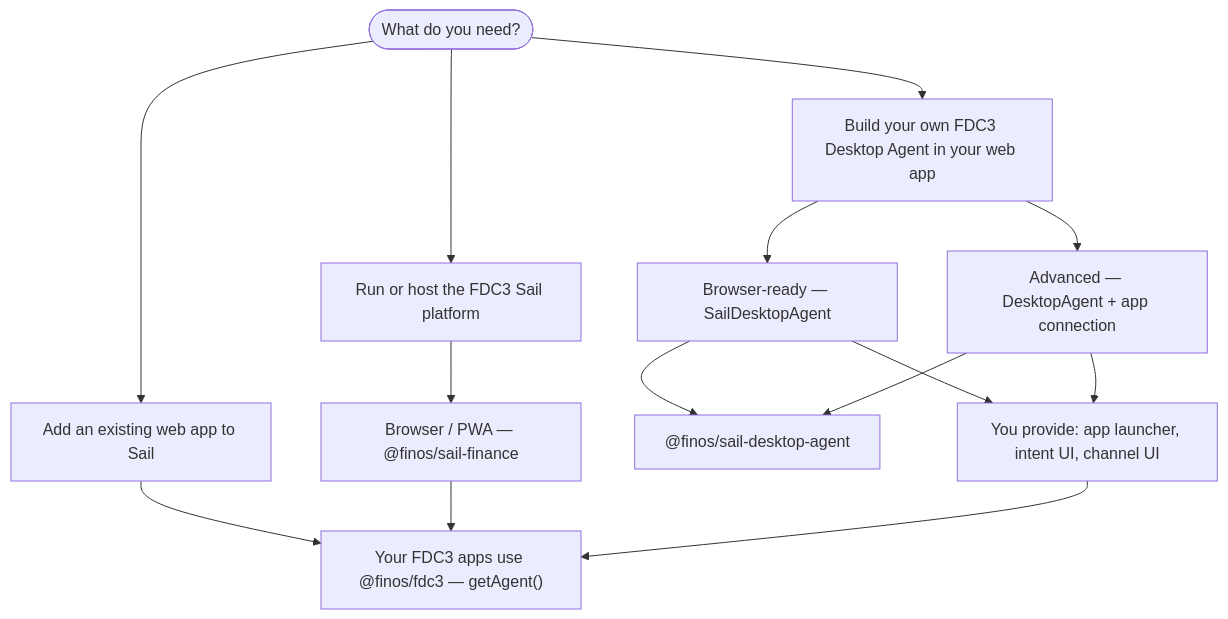
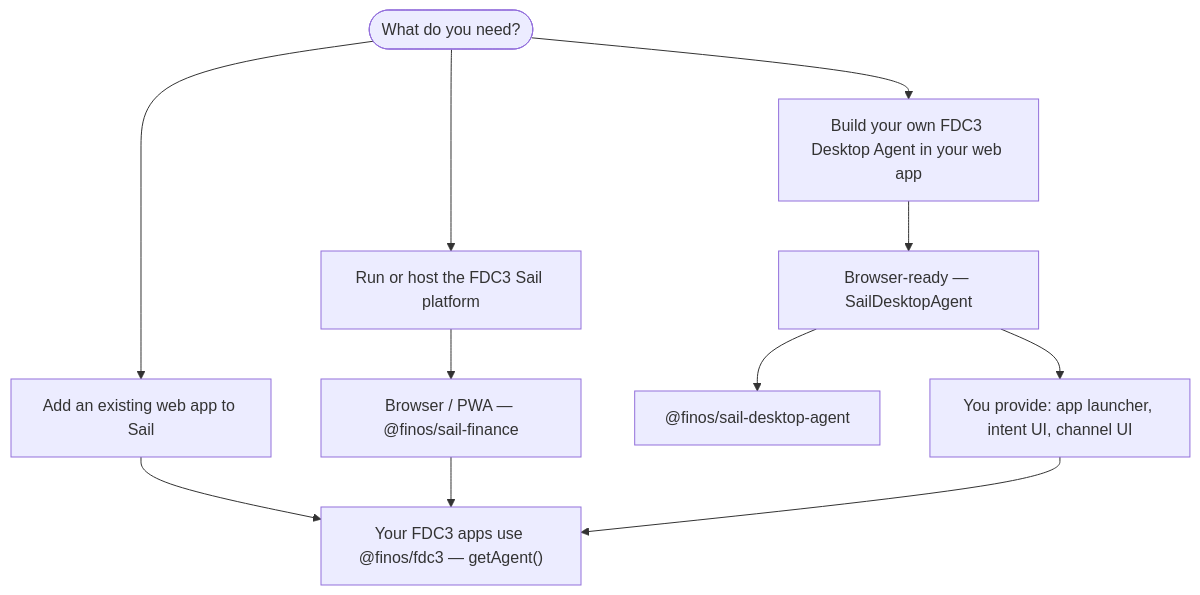
Before and after one commit to SeeWhatsOn/FDC3-Sail: the second of 2 diagrams in website/docs/intro.md, drawn with Mermaid. The commit also changed other lines of this file and 11 other files, not shown here.

````diff
--- a/website/docs/intro.md
+++ b/website/docs/intro.md
@@ -71,26 +71,23 @@
 ```mermaid
 flowchart TD
   Start([What do you need?])
 
   Start --> AddApp[Add an existing web app to Sail]
   Start --> Run[Run or host the FDC3 Sail platform]
   Start --> Build[Build your own FDC3 Desktop Agent in your web app]
 
   AddApp --> Apps
 
   Run --> Web["Browser / PWA — @finos/sail-finance"]
 
   Build --> BrowserAgent["Browser-ready — SailDesktopAgent"]
-  Build --> Manual["Advanced — DesktopAgent + app connection"]
 
   BrowserAgent --> Package["@finos/sail-desktop-agent"]
-  Manual --> Package
 
   BrowserAgent --> HostUI[You provide: app launcher, intent UI, channel UI]
-  Manual --> HostUI
 
   Web --> Apps
   HostUI --> Apps
 
   Apps["Your FDC3 apps use @finos/fdc3 — getAgent()"]
 ```
````
